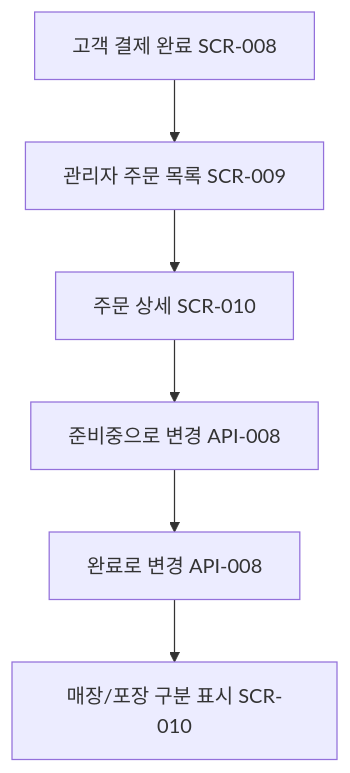
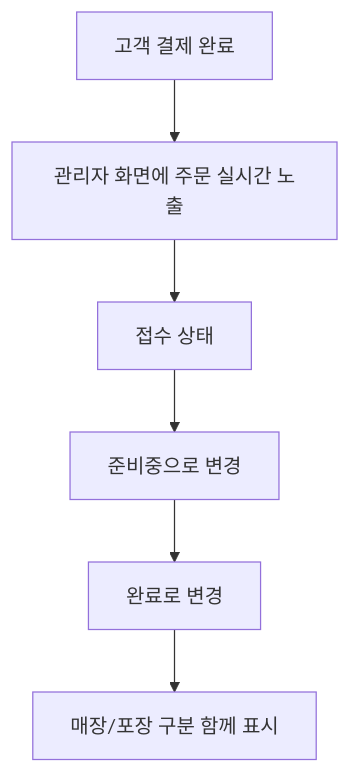
The ninth of 25 diagrams in docs/wiki/user-scenarios.md (hagenie128/ASAK), drawn with Mermaid before and after one commit. The commit also changed other lines of this file and 241 other files, not shown here.

````diff
--- a/docs/wiki/user-scenarios.md
+++ b/docs/wiki/user-scenarios.md
@@ -143,8 +143,8 @@
 ```mermaid
 flowchart TD
-    A[고객 결제 완료 SCR-008] --> B[관리자 주문 목록 SCR-009]
-    B --> C[주문 상세 SCR-010]
-    C --> D[준비중으로 변경 API-008]
-    D --> E[완료로 변경 API-008]
-    E --> F[매장/포장 구분 표시 SCR-010]
+    A[고객 결제 완료] --> B[관리자 화면에 주문 실시간 노출]
+    B --> C[접수 상태]
+    C --> D[준비중으로 변경]
+    D --> E[완료로 변경]
+    E --> F[매장/포장 구분 함께 표시]
 ```
````
